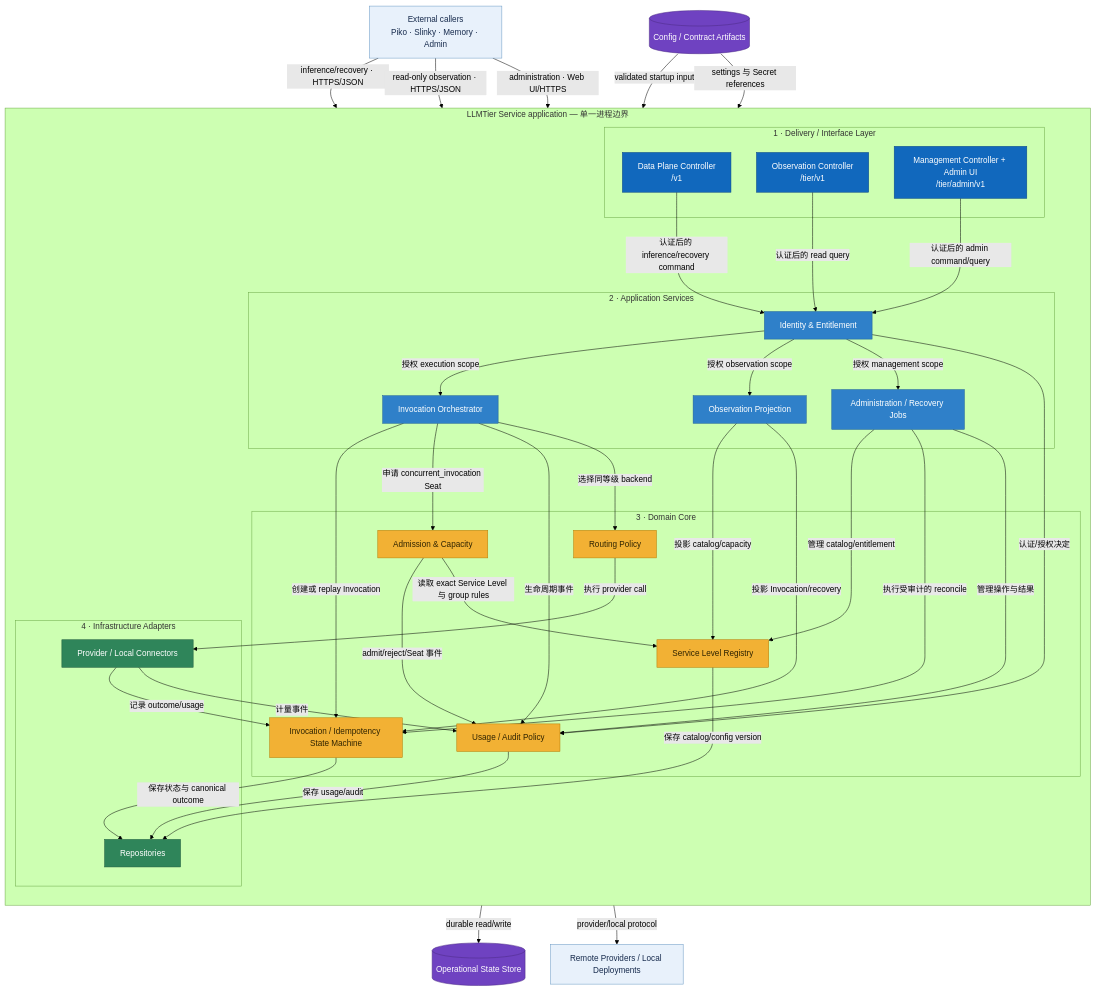
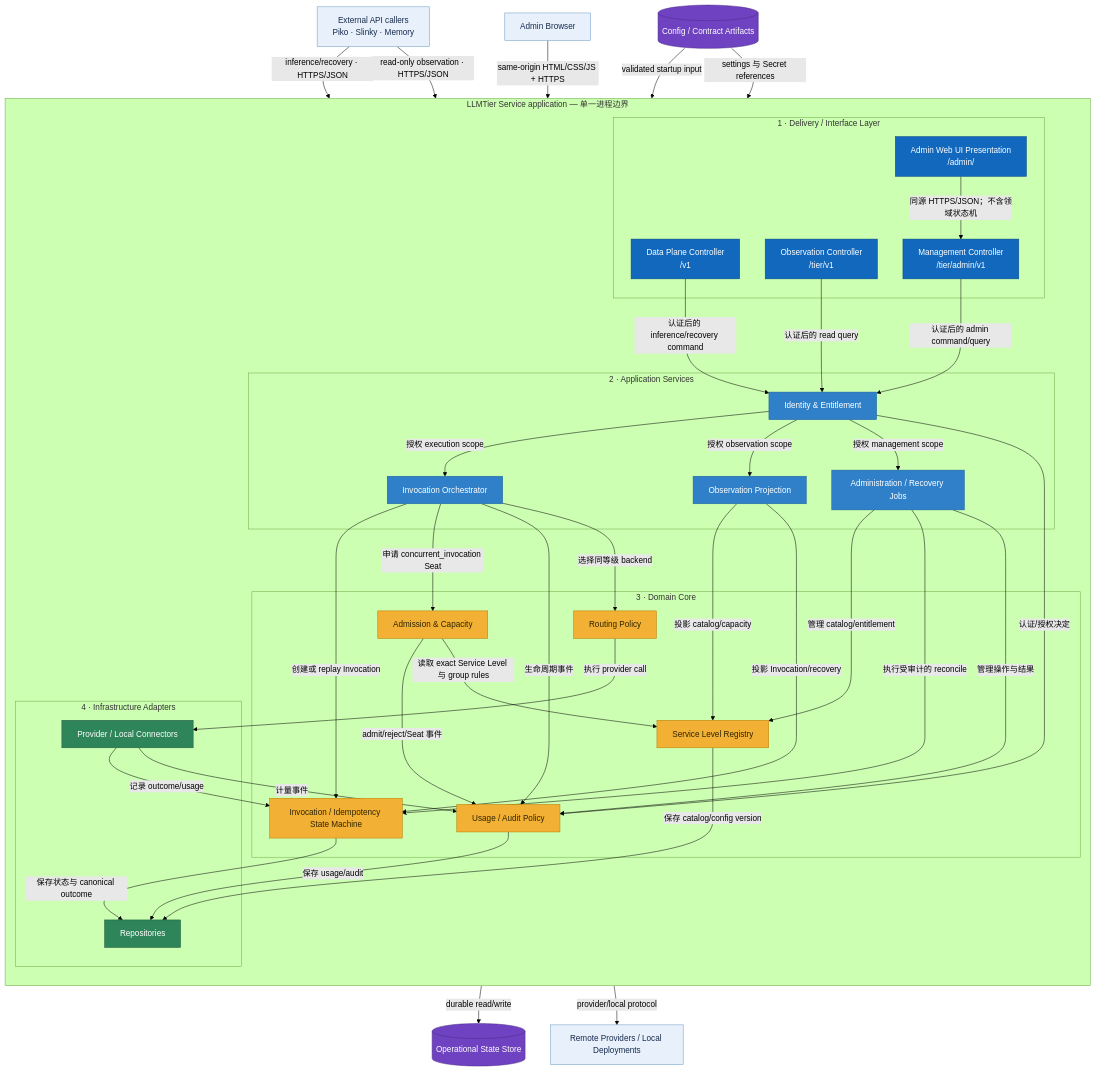
The third of 8 diagrams in docs/20_system_design/llmtier-system-design.md (corezilla/LLMTier), drawn with Mermaid (forest theme) before and after one commit. The commit also changed other lines of this file and 17 other files, not shown here.

````diff
--- a/docs/20_system_design/llmtier-system-design.md
+++ b/docs/20_system_design/llmtier-system-design.md
@@ -280,6 +297,7 @@
 ```mermaid
 flowchart TB
-    Consumers["External callers<br/>Piko · Slinky · Memory · Admin"]
+    Consumers["External API callers<br/>Piko · Slinky · Memory"]
+    AdminBrowser["Admin Browser"]
 
     subgraph Service["LLMTier Service application — 单一进程边界"]
         direction TB
@@ -287,7 +305,8 @@
         subgraph Delivery["1 · Delivery / Interface Layer"]
             DP["Data Plane Controller<br/>/v1"]
             OBS["Observation Controller<br/>/tier/v1"]
-            MGT["Management Controller + Admin UI<br/>/tier/admin/v1"]
+            WEB["Admin Web UI Presentation<br/>/admin/"]
+            MGT["Management Controller<br/>/tier/admin/v1"]
         end
 
         subgraph Application["2 · Application Services"]
@@ -312,6 +331,7 @@
 
         DP -->|"认证后的 inference/recovery command"| IAM
         OBS -->|"认证后的 read query"| IAM
+        WEB -->|"同源 HTTPS/JSON；不含领域状态机"| MGT
         MGT -->|"认证后的 admin command/query"| IAM
         IAM -->|"授权 execution scope"| INV
         IAM -->|"授权 observation scope"| OVIEW
@@ -342,7 +362,7 @@
 
     Consumers -->|"inference/recovery · HTTPS/JSON"| DP
     Consumers -->|"read-only observation · HTTPS/JSON"| OBS
-    Consumers -->|"administration · Web UI/HTTPS"| MGT
+    AdminBrowser -->|"same-origin HTML/CSS/JS + HTTPS"| WEB
     REPO -->|"durable read/write"| State
     Artifacts -->|"validated startup input"| REG
     Artifacts -->|"settings 与 Secret references"| ADMIN
@@ -354,8 +374,8 @@
     classDef domain fill:#f2b134,color:#302400,stroke:#b77b00;
     classDef adapter fill:#2f855a,color:#fff,stroke:#1f5b3d;
     classDef store fill:#6f42c1,color:#fff,stroke:#4c2a85;
-    class Consumers,Backends external;
-    class DP,OBS,MGT interface;
+    class Consumers,AdminBrowser,Backends external;
+    class DP,OBS,WEB,MGT interface;
     class IAM,INV,OVIEW,ADMIN application;
     class REG,ADM,LEDGER,ROUTER,METER domain;
     class REPO,CONNECT adapter;
````
